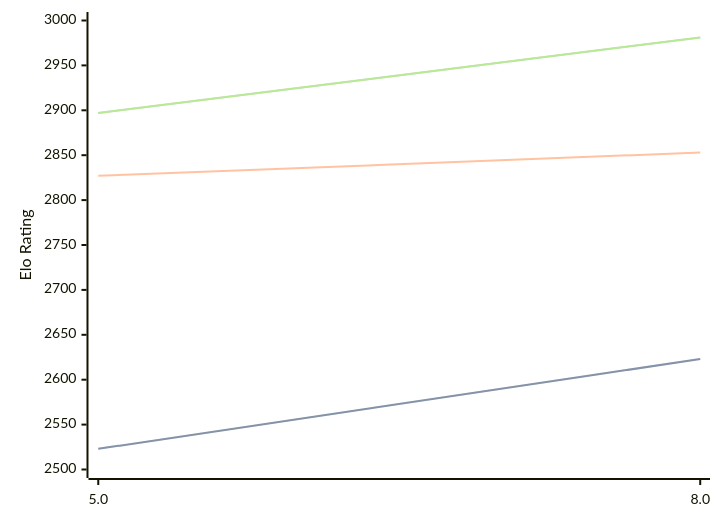
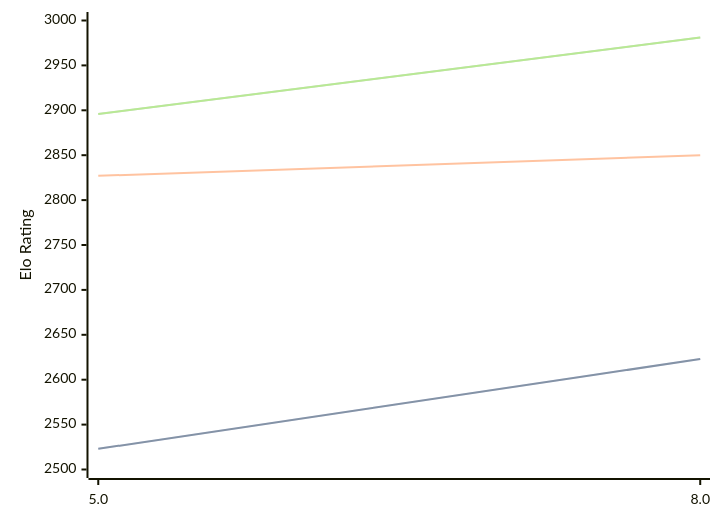
Before and after one commit to computer-chess-index/cci: the diagram in engines/4kc.md, drawn with Mermaid. The commit also changed other lines of this file, not shown here.

Commit message:
Update CCI Ratings (ELO VLTC) - 2026-04-28

````diff
--- a/engines/4kc.md
+++ b/engines/4kc.md
@@ -41,11 +41,11 @@
 ```mermaid
 %%{init: {"theme":"base","themeVariables":{"seriesColors:['#a3a3a3','#222221','#faa371']}}}%%
 xychart-beta
   x-axis ["5.0", "8.0"]
   y-axis "Elo Rating" 2500 --> 3000
   line "STC (8.0+0.08s)" [2523, 2623]
   line "STC (8.0+0.08s)" [2523, 2623]
-  line "LTC (60.0+0.60s)" [2827, 2853]
-  line "VLTC (2m24s+1.12s)" [2897, 2981]
-  line "VLTC (2m24s+1.12s)" [2897, 2981]
+  line "LTC (60.0+0.60s)" [2827, 2850]
+  line "VLTC (2m24s+1.12s)" [2896, 2981]
+  line "VLTC (2m24s+1.12s)" [2896, 2981]
 ```
````
